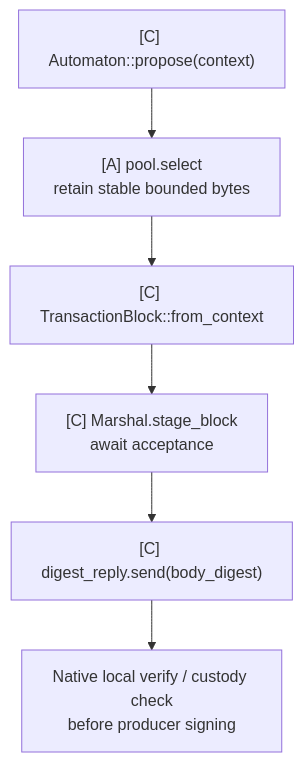
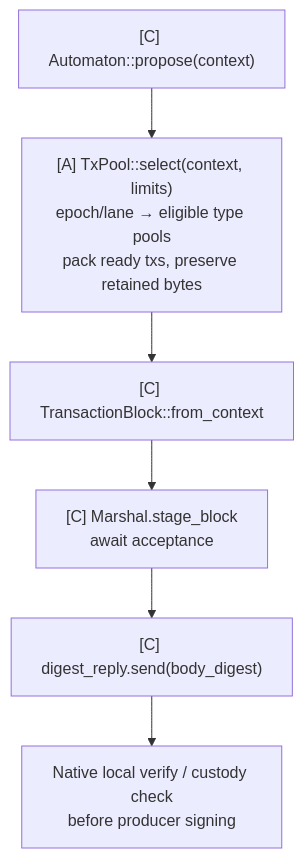
One commit to djm07073/baton changed the second of 10 diagrams in execution/README.md. Above: the diagram before and after it, drawn with Mermaid. The commit also changed other lines of this file and 32 other files, not shown here.

Commit message:
refactor: separate transaction admission from epoch lane selection

````diff
--- a/execution/README.md
+++ b/execution/README.md
@@ -140,8 +140,8 @@
 ```mermaid
 flowchart TB
-    P["[C] Automaton::propose(context)"] --> S["[A] pool.select<br/>retain stable bounded bytes"]
+    P["[C] Automaton::propose(context)"] --> S["[A] TxPool::select(context, limits)<br/>epoch/lane → eligible type pools<br/>pack ready txs, preserve retained bytes"]
     S --> B["[C] TransactionBlock::from_context"]
     B --> M["[C] Marshal.stage_block<br/>await acceptance"]
     M --> R["[C] digest_reply.send(body_digest)"]
     R --> V["Native local verify / custody check<br/>before producer signing"]
 ```
````
